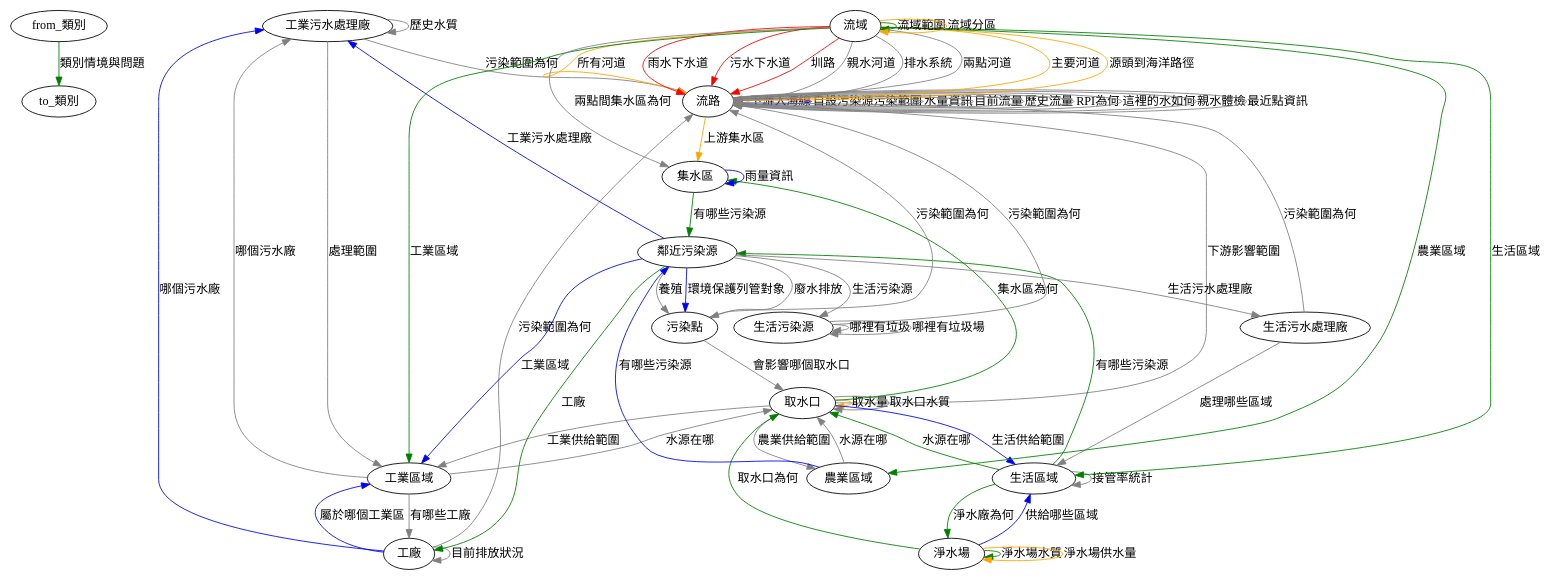
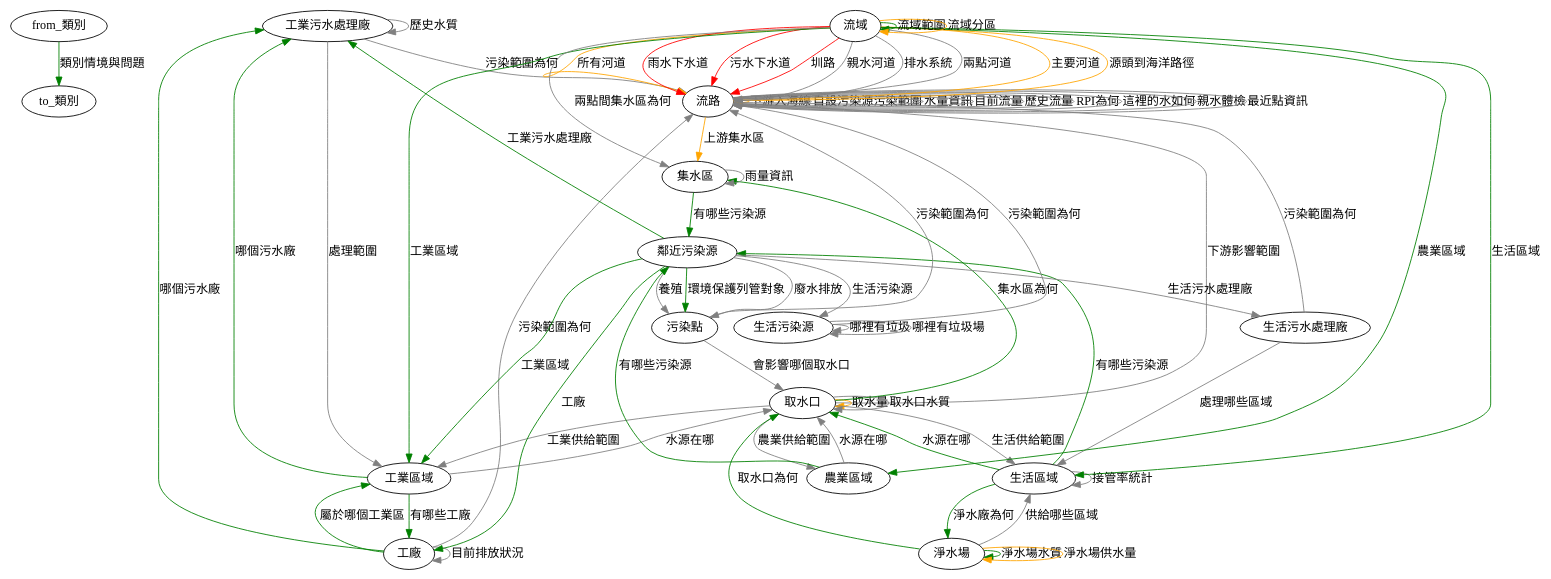
Before and after one commit to aga3134/SourcingWater: the diagram in tools/TopoTextToDot/output.dot, drawn with Graphviz. The commit also changed 11 other files, not shown here.

```diff
--- a/tools/TopoTextToDot/output.dot
+++ b/tools/TopoTextToDot/output.dot
@@ -1,72 +1,72 @@
 digraph G {
 	"from_類別"->"to_類別"[label="類別情境與問題",color="green",style=""]
 	"工業污水處理廠"->"流路"[label="污染範圍為何",color="gray",style=""]
 	"工業污水處理廠"->"工業區域"[label="處理範圍",color="gray",style=""]
 	"工業污水處理廠"->"工業污水處理廠"[label="歷史水質",color="gray",style=""]
-	"工業區域"->"工業污水處理廠"[label="哪個污水廠",color="gray",style=""]
-	"工業區域"->"工廠"[label="有哪些工廠",color="gray",style=""]
+	"工業區域"->"工業污水處理廠"[label="哪個污水廠",color="green",style=""]
+	"工業區域"->"工廠"[label="有哪些工廠",color="green",style=""]
 	"工業區域"->"取水口"[label="水源在哪",color="gray",style=""]
-	"工廠"->"工業污水處理廠"[label="哪個污水廠",color="blue",style=""]
-	"工廠"->"工業區域"[label="屬於哪個工業區",color="blue",style=""]
+	"工廠"->"工業污水處理廠"[label="哪個污水廠",color="green",style=""]
+	"工廠"->"工業區域"[label="屬於哪個工業區",color="green",style=""]
 	"工廠"->"工廠"[label="目前排放狀況",color="gray",style=""]
 	"工廠"->"流路"[label="污染範圍為何",color="gray",style=""]
 	"生活污水處理廠"->"流路"[label="污染範圍為何",color="gray",style=""]
 	"生活污水處理廠"->"生活區域"[label="處理哪些區域",color="gray",style=""]
 	"生活污染源"->"流路"[label="污染範圍為何",color="gray",style=""]
 	"生活污染源"->"生活污染源"[label="哪裡有垃圾",color="gray",style=""]
 	"生活污染源"->"生活污染源"[label="哪裡有垃圾場",color="gray",style=""]
 	"生活區域"->"取水口"[label="水源在哪",color="green",style=""]
 	"生活區域"->"淨水場"[label="淨水廠為何",color="green",style=""]
 	"生活區域"->"鄰近污染源"[label="有哪些污染源",color="green",style=""]
 	"生活區域"->"生活區域"[label="接管率統計",color="gray",style=""]
 	"污染點"->"流路"[label="污染範圍為何",color="gray",style=""]
 	"污染點"->"取水口"[label="會影響哪個取水口",color="gray",style=""]
 	"取水口"->"集水區"[label="集水區為何",color="green",style=""]
 	"取水口"->"取水口"[label="取水量",color="orange",style=""]
-	"取水口"->"生活區域"[label="生活供給範圍",color="blue",style=""]
+	"取水口"->"生活區域"[label="生活供給範圍",color="gray",style=""]
 	"取水口"->"流路"[label="下游影響範圍",color="gray",style=""]
 	"取水口"->"取水口"[label="取水口水質",color="gray",style=""]
 	"取水口"->"農業區域"[label="農業供給範圍",color="gray",style=""]
 	"取水口"->"工業區域"[label="工業供給範圍",color="gray",style=""]
 	"流域"->"流域"[label="流域範圍",color="green",style=""]
 	"流域"->"生活區域"[label="生活區域",color="green",style=""]
 	"流域"->"農業區域"[label="農業區域",color="green",style=""]
 	"流域"->"工業區域"[label="工業區域",color="green",style=""]
 	"流域"->"流路"[label="主要河道",color="orange",style=""]
 	"流域"->"流路"[label="源頭到海洋路徑",color="orange",style=""]
 	"流域"->"流路"[label="所有河道",color="orange",style=""]
 	"流域"->"流域"[label="流域分區",color="orange",style=""]
 	"流域"->"流路"[label="雨水下水道",color="red",style=""]
 	"流域"->"流路"[label="污水下水道",color="red",style=""]
 	"流域"->"流路"[label="圳路",color="red",style=""]
 	"流域"->"流路"[label="親水河道",color="gray",style=""]
 	"流域"->"流路"[label="排水系統",color="gray",style=""]
 	"流域"->"流路"[label="兩點河道",color="gray",style=""]
 	"流域"->"集水區"[label="兩點間集水區為何",color="gray",style=""]
 	"流路"->"集水區"[label="上游集水區",color="orange",style=""]
 	"流路"->"流路"[label="下游入海線",color="orange",style=""]
-	"流路"->"流路"[label="自設污染源污染範圍",color="blue",style=""]
+	"流路"->"流路"[label="自設污染源污染範圍",color="gray",style=""]
 	"流路"->"流路"[label="水量資訊",color="gray",style=""]
 	"流路"->"流路"[label="目前流量",color="gray",style=""]
 	"流路"->"流路"[label="歷史流量",color="gray",style=""]
 	"流路"->"流路"[label="RPI為何",color="gray",style=""]
 	"流路"->"流路"[label="這裡的水如何",color="gray",style=""]
 	"流路"->"流路"[label="親水體檢",color="gray",style=""]
 	"流路"->"流路"[label="最近點資訊",color="gray",style=""]
 	"淨水場"->"取水口"[label="取水口為何",color="green",style=""]
 	"淨水場"->"淨水場"[label="淨水場水質",color="green",style=""]
 	"淨水場"->"淨水場"[label="淨水場供水量",color="orange",style=""]
-	"淨水場"->"生活區域"[label="供給哪些區域",color="blue",style=""]
+	"淨水場"->"生活區域"[label="供給哪些區域",color="gray",style=""]
 	"集水區"->"鄰近污染源"[label="有哪些污染源",color="green",style=""]
-	"集水區"->"集水區"[label="雨量資訊",color="blue",style=""]
-	"農業區域"->"鄰近污染源"[label="有哪些污染源",color="blue",style=""]
+	"集水區"->"集水區"[label="雨量資訊",color="gray",style=""]
+	"農業區域"->"鄰近污染源"[label="有哪些污染源",color="green",style=""]
 	"農業區域"->"取水口"[label="水源在哪",color="gray",style=""]
 	"鄰近污染源"->"工廠"[label="工廠",color="green",style=""]
-	"鄰近污染源"->"污染點"[label="環境保護列管對象",color="blue",style=""]
-	"鄰近污染源"->"工業區域"[label="工業區域",color="blue",style=""]
-	"鄰近污染源"->"工業污水處理廠"[label="工業污水處理廠",color="blue",style=""]
+	"鄰近污染源"->"污染點"[label="環境保護列管對象",color="green",style=""]
+	"鄰近污染源"->"工業區域"[label="工業區域",color="green",style=""]
+	"鄰近污染源"->"工業污水處理廠"[label="工業污水處理廠",color="green",style=""]
 	"鄰近污染源"->"生活污染源"[label="生活污染源",color="gray",style=""]
 	"鄰近污染源"->"生活污水處理廠"[label="生活污水處理廠",color="gray",style=""]
 	"鄰近污染源"->"污染點"[label="廢水排放",color="gray",style=""]
 	"鄰近污染源"->"污染點"[label="養殖",color="gray",style=""]
 }
```
